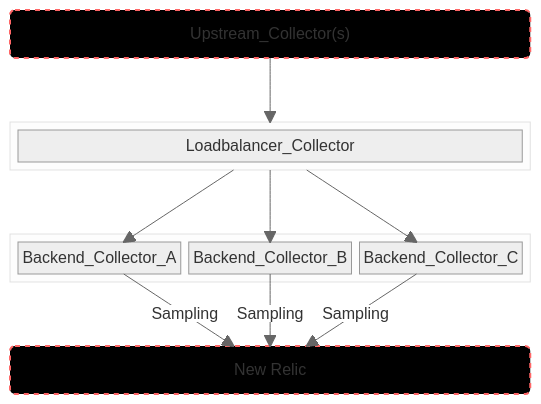
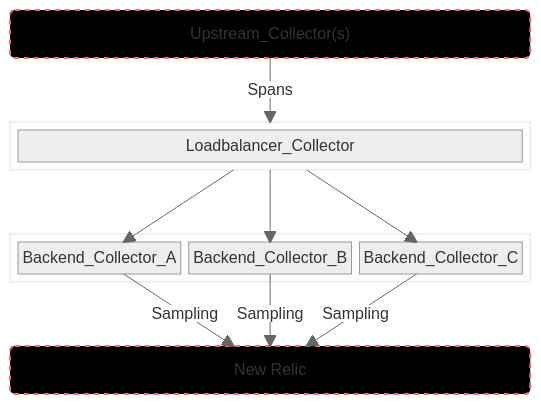
The diagram in sampling/README.md (bpschmitt/opentelemetry-resources), drawn with Mermaid (neutral theme) before and after one commit.

Commit message:
add label

````diff
--- a/sampling/README.md
+++ b/sampling/README.md
@@ -7,30 +7,30 @@
 ```mermaid
 block-beta
 columns 1
   Upstream("Upstream_Collector(s)")
   space
   block:LB
     Loadbalancer_Collector
   end
   space
   block:ID
     Backend_Collector_A
     Backend_Collector_B
     Backend_Collector_C
   end
   space
   NR("New Relic")
 
   
-  Upstream --> LB
+  Upstream --"Spans"--> LB
   LB --> Backend_Collector_A
   LB --> Backend_Collector_B
   LB --> Backend_Collector_C
   Backend_Collector_A --"Sampling"--> NR
   Backend_Collector_B --"Sampling"--> NR
   Backend_Collector_C --"Sampling"--> NR
 
   style Upstream fill:#000,stroke:#f66,stroke-width:2px,color:#fff,stroke-dasharray: 5 5
   style NR fill:#000,stroke:#f66,stroke-width:2px,color:#fff,stroke-dasharray: 5 5
   
 ```
````
